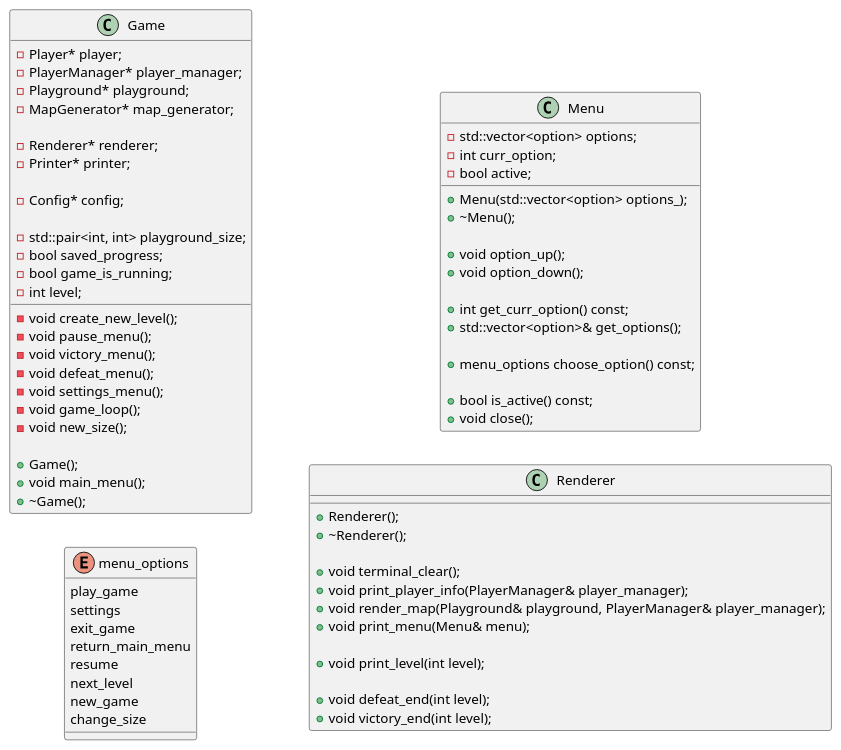
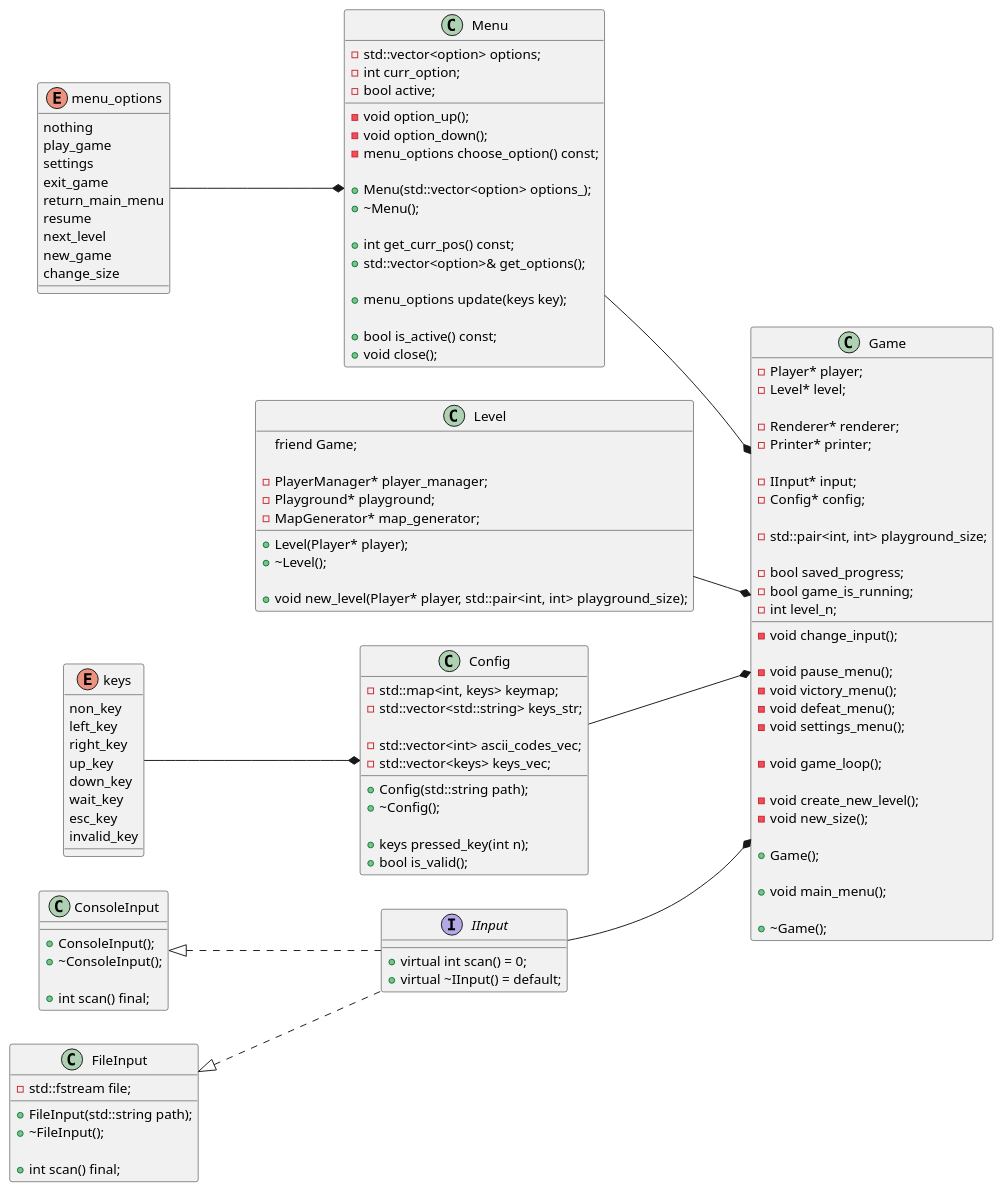
Before and after one commit to kirillkarpunin/ultra_gamer_gaming_game: the diagram in UML.puml, drawn with PlantUML. The commit also changed 10 other files, not shown here.

Commit message:
input interface

```diff
--- a/UML.puml
+++ b/UML.puml
@@ -1,85 +1,148 @@
 @startuml
 'https://plantuml.com/class-diagram
 
 
 class Game {
-    - Player* player;
-    - PlayerManager* player_manager;
-    - Playground* playground;
-    - MapGenerator* map_generator;
+    -Player* player;
+    -Level* level;
 
-    - Renderer* renderer;
-    - Printer* printer;
+    -Renderer* renderer;
+    -Printer* printer;
 
-    - Config* config;
+    -IInput* input;
+    -Config* config;
 
-    - std::pair<int, int> playground_size;
-    - bool saved_progress;
-    - bool game_is_running;
-    - int level;
+    -std::pair<int, int> playground_size;
 
-    -void create_new_level();
+    -bool saved_progress;
+    -bool game_is_running;
+    -int level_n;
+
+    -void change_input();
+
     -void pause_menu();
     -void victory_menu();
     -void defeat_menu();
     -void settings_menu();
+
     -void game_loop();
+
+    -void create_new_level();
     -void new_size();
 
-    + Game();
-    + void main_menu();
+    +Game();
+
+    +void main_menu();
+
     +~Game();
 }
 
 
 enum menu_options{
+ nothing
  play_game
  settings
  exit_game
  return_main_menu
  resume
  next_level
  new_game
  change_size
  }
 
- class Menu {
-     -std::vector<option> options;
-     -int curr_option;
-     -bool active;
+class Menu {
+    -std::vector<option> options;
+    -int curr_option;
+    -bool active;
 
-     +Menu(std::vector<option> options_);
-     +~Menu();
+    -void option_up();
+    -void option_down();
+    -menu_options choose_option() const;
 
-     +void option_up();
-     +void option_down();
+    +Menu(std::vector<option> options_);
+    +~Menu();
 
-     +int get_curr_option() const;
-     +std::vector<option>& get_options();
+    +int get_curr_pos() const;
+    +std::vector<option>& get_options();
 
-     +menu_options choose_option() const;
+    +menu_options update(keys key);
 
-     +bool is_active() const;
-     +void close();
+    +bool is_active() const;
+    +void close();
 
- }
+}
 
- class Renderer {
+menu_options--*Menu
 
-     +Renderer();
-     +~Renderer();
+class Level {
+    friend Game;
 
-     +void terminal_clear();
-     +void print_player_info(PlayerManager& player_manager);
-     +void render_map(Playground& playground, PlayerManager& player_manager);
-     +void print_menu(Menu& menu);
+    -PlayerManager* player_manager;
+    -Playground* playground;
+    -MapGenerator* map_generator;
 
-     +void print_level(int level);
+    +Level(Player* player);
+    +~Level();
 
-     +void defeat_end(int level);
-     +void victory_end(int level);
- }
+    +void new_level(Player* player, std::pair<int, int> playground_size);
+}
+
+enum keys{
+ non_key
+ left_key
+ right_key
+ up_key
+ down_key
+ wait_key
+ esc_key
+ invalid_key
+}
+
+class Config {
+    -std::map<int, keys> keymap;
+    -std::vector<std::string> keys_str;
+
+    -std::vector<int> ascii_codes_vec;
+    -std::vector<keys> keys_vec;
+
+    +Config(std::string path);
+    +~Config();
+
+    +keys pressed_key(int n);
+    +bool is_valid();
+}
+
+keys--*Config
+Level--*Game
+Menu--*Game
+Config--*Game
+
+interface IInput{
+    +virtual int scan() = 0;
+    +virtual ~IInput() = default;
+}
+
+class ConsoleInput{
+    +ConsoleInput();
+    +~ConsoleInput();
+
+    +int scan() final;
+}
+
+class FileInput{
+    -std::fstream file;
+
+    +FileInput(std::string path);
+    +~FileInput();
+
+    +int scan() final;
+}
+
+FileInput<|..IInput
+ConsoleInput<|..IInput
+
+IInput--*Game
 
 left to right direction
 
 @enduml
```
